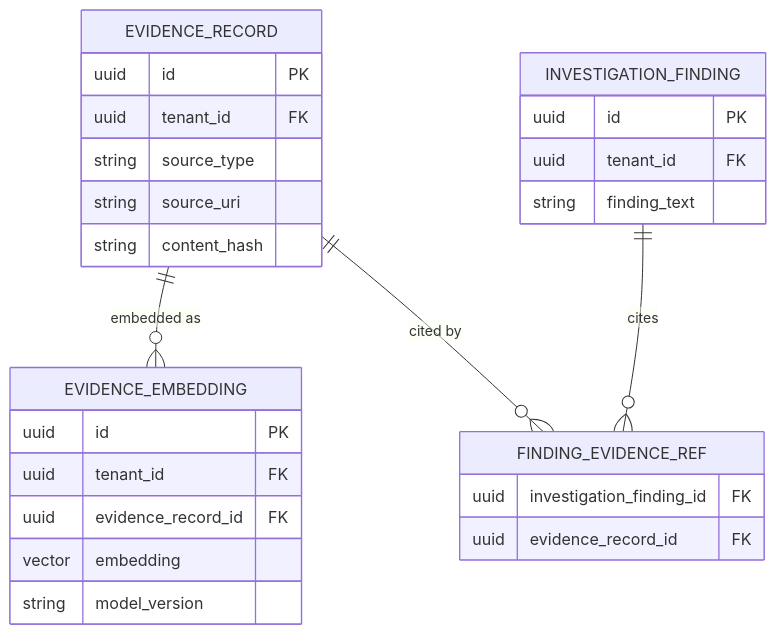
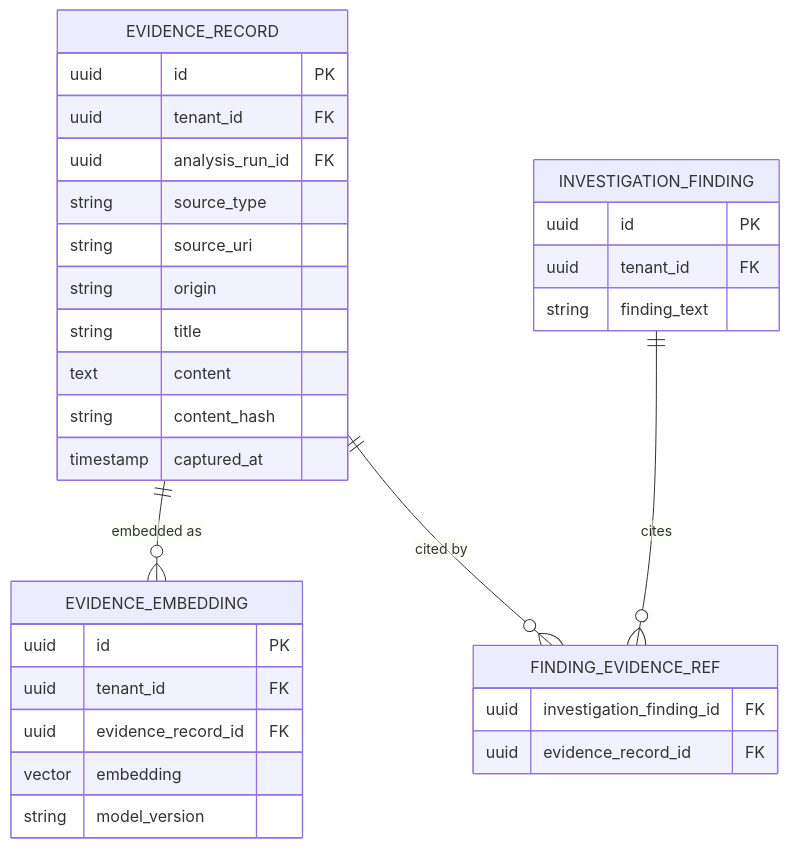
The second of 2 diagrams in docs/05-data/data-model.md (starving-array/cdi-platform), drawn with Mermaid before and after one commit. The commit also changed other lines of this file and 21 other files, not shown here.

````diff
--- a/docs/05-data/data-model.md
+++ b/docs/05-data/data-model.md
@@ -139,30 +139,35 @@
 ```mermaid
 erDiagram
     EVIDENCE_RECORD {
         uuid id PK
         uuid tenant_id FK
+        uuid analysis_run_id FK
         string source_type
         string source_uri
+        string origin
+        string title
+        text content
         string content_hash
+        timestamp captured_at
     }
     EVIDENCE_EMBEDDING {
         uuid id PK
         uuid tenant_id FK
         uuid evidence_record_id FK
         vector embedding
         string model_version
     }
     INVESTIGATION_FINDING {
         uuid id PK
         uuid tenant_id FK
         string finding_text
     }
     FINDING_EVIDENCE_REF {
         uuid investigation_finding_id FK
         uuid evidence_record_id FK
     }
     
     EVIDENCE_RECORD ||--o{ EVIDENCE_EMBEDDING : "embedded as"
     INVESTIGATION_FINDING ||--o{ FINDING_EVIDENCE_REF : "cites"
     EVIDENCE_RECORD ||--o{ FINDING_EVIDENCE_REF : "cited by"
 ```
````
